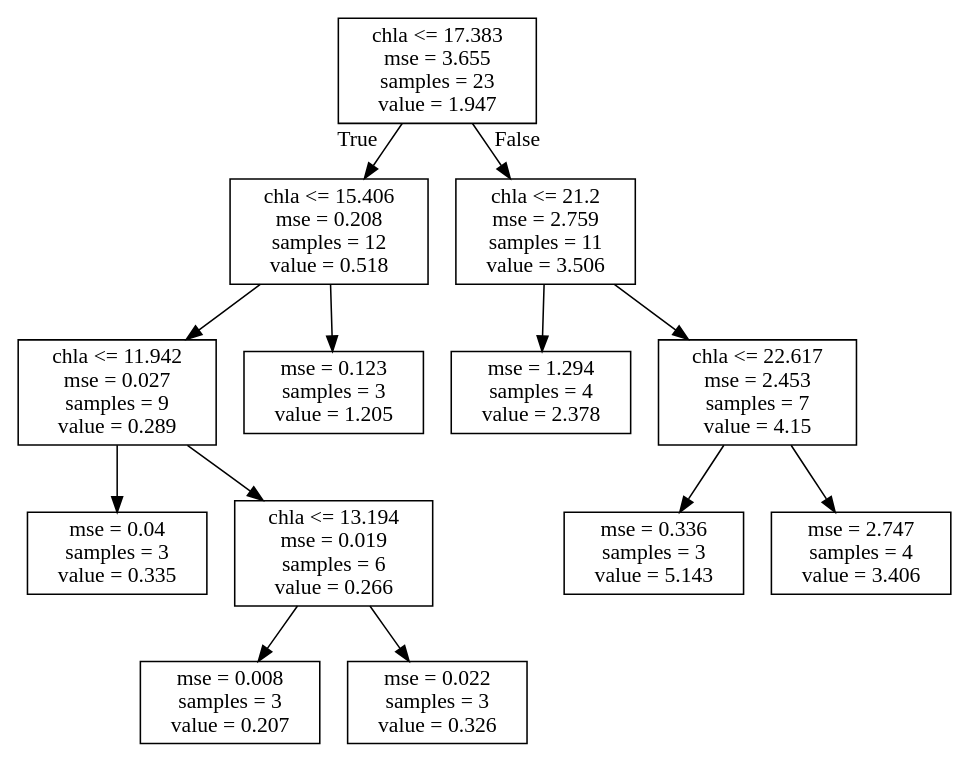
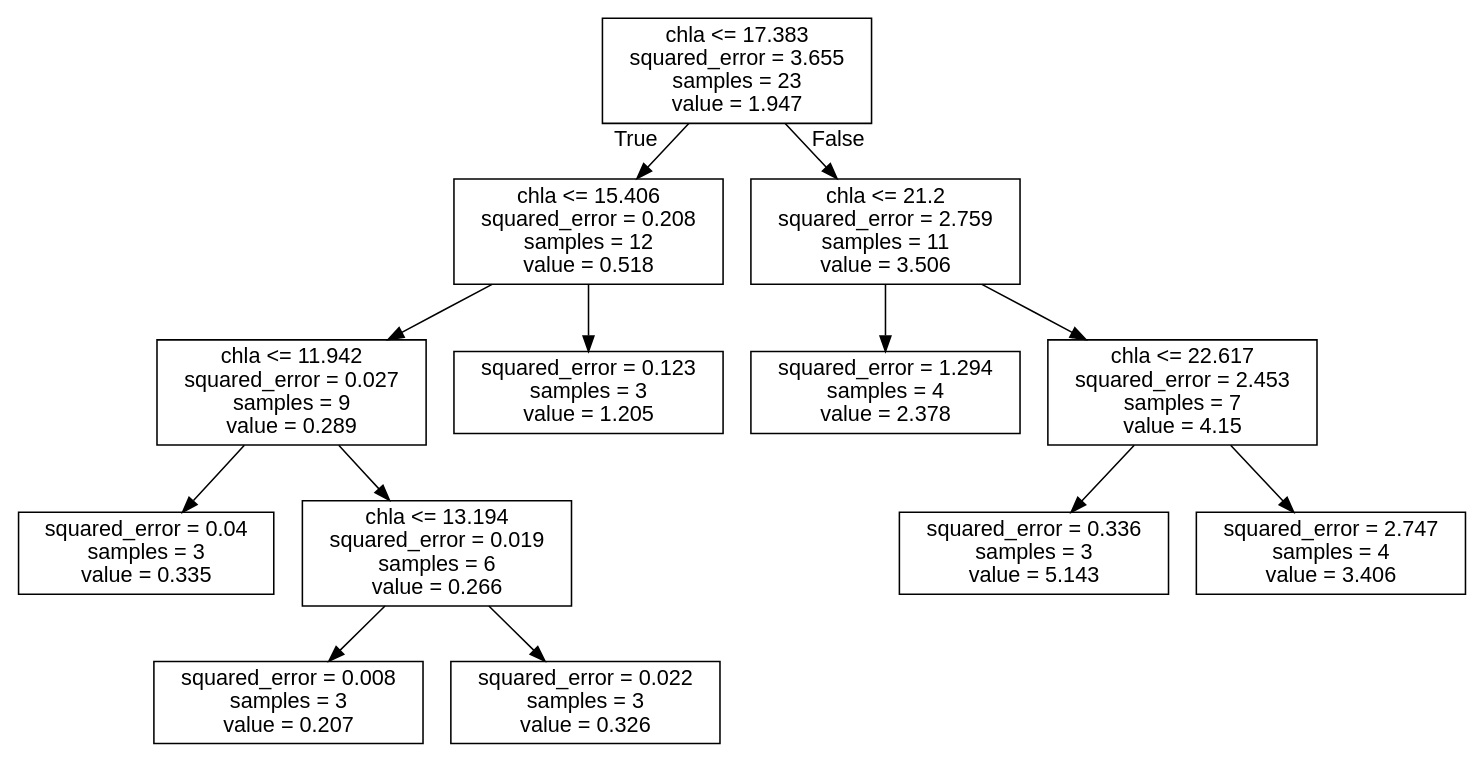
One commit to NIVANorge/seasonal_forecasting_watexr changed the diagram in Norway_Morsa/BayesianNetwork/Figures/Discretization_regTrees/Pairwise/DotFiles/metno_6Mseasons_cyano-chla.dot. Above: the diagram before and after it, drawn with Graphviz. The commit also changed 113 other files, not shown here.

```diff
--- a/Norway_Morsa/BayesianNetwork/Figures/Discretization_regTrees/Pairwise/DotFiles/metno_6Mseasons_cyano-chla.dot
+++ b/Norway_Morsa/BayesianNetwork/Figures/Discretization_regTrees/Pairwise/DotFiles/metno_6Mseasons_cyano-chla.dot
@@ -1,28 +1,29 @@
 digraph Tree {
-node [shape=box] ;
-0 [label="chla <= 17.383\nmse = 3.655\nsamples = 23\nvalue = 1.947"] ;
-1 [label="chla <= 15.406\nmse = 0.208\nsamples = 12\nvalue = 0.518"] ;
+node [shape=box, fontname="helvetica"] ;
+edge [fontname="helvetica"] ;
+0 [label="chla <= 17.383\nsquared_error = 3.655\nsamples = 23\nvalue = 1.947"] ;
+1 [label="chla <= 15.406\nsquared_error = 0.208\nsamples = 12\nvalue = 0.518"] ;
 0 -> 1 [labeldistance=2.5, labelangle=45, headlabel="True"] ;
-7 [label="chla <= 11.942\nmse = 0.027\nsamples = 9\nvalue = 0.289"] ;
+7 [label="chla <= 11.942\nsquared_error = 0.027\nsamples = 9\nvalue = 0.289"] ;
 1 -> 7 ;
-9 [label="mse = 0.04\nsamples = 3\nvalue = 0.335"] ;
+9 [label="squared_error = 0.04\nsamples = 3\nvalue = 0.335"] ;
 7 -> 9 ;
-10 [label="chla <= 13.194\nmse = 0.019\nsamples = 6\nvalue = 0.266"] ;
+10 [label="chla <= 13.194\nsquared_error = 0.019\nsamples = 6\nvalue = 0.266"] ;
 7 -> 10 ;
-11 [label="mse = 0.008\nsamples = 3\nvalue = 0.207"] ;
+11 [label="squared_error = 0.008\nsamples = 3\nvalue = 0.207"] ;
 10 -> 11 ;
-12 [label="mse = 0.022\nsamples = 3\nvalue = 0.326"] ;
+12 [label="squared_error = 0.022\nsamples = 3\nvalue = 0.326"] ;
 10 -> 12 ;
-8 [label="mse = 0.123\nsamples = 3\nvalue = 1.205"] ;
+8 [label="squared_error = 0.123\nsamples = 3\nvalue = 1.205"] ;
 1 -> 8 ;
-2 [label="chla <= 21.2\nmse = 2.759\nsamples = 11\nvalue = 3.506"] ;
+2 [label="chla <= 21.2\nsquared_error = 2.759\nsamples = 11\nvalue = 3.506"] ;
 0 -> 2 [labeldistance=2.5, labelangle=-45, headlabel="False"] ;
-3 [label="mse = 1.294\nsamples = 4\nvalue = 2.378"] ;
+3 [label="squared_error = 1.294\nsamples = 4\nvalue = 2.378"] ;
 2 -> 3 ;
-4 [label="chla <= 22.617\nmse = 2.453\nsamples = 7\nvalue = 4.15"] ;
+4 [label="chla <= 22.617\nsquared_error = 2.453\nsamples = 7\nvalue = 4.15"] ;
 2 -> 4 ;
-5 [label="mse = 0.336\nsamples = 3\nvalue = 5.143"] ;
+5 [label="squared_error = 0.336\nsamples = 3\nvalue = 5.143"] ;
 4 -> 5 ;
-6 [label="mse = 2.747\nsamples = 4\nvalue = 3.406"] ;
+6 [label="squared_error = 2.747\nsamples = 4\nvalue = 3.406"] ;
 4 -> 6 ;
 }
```
